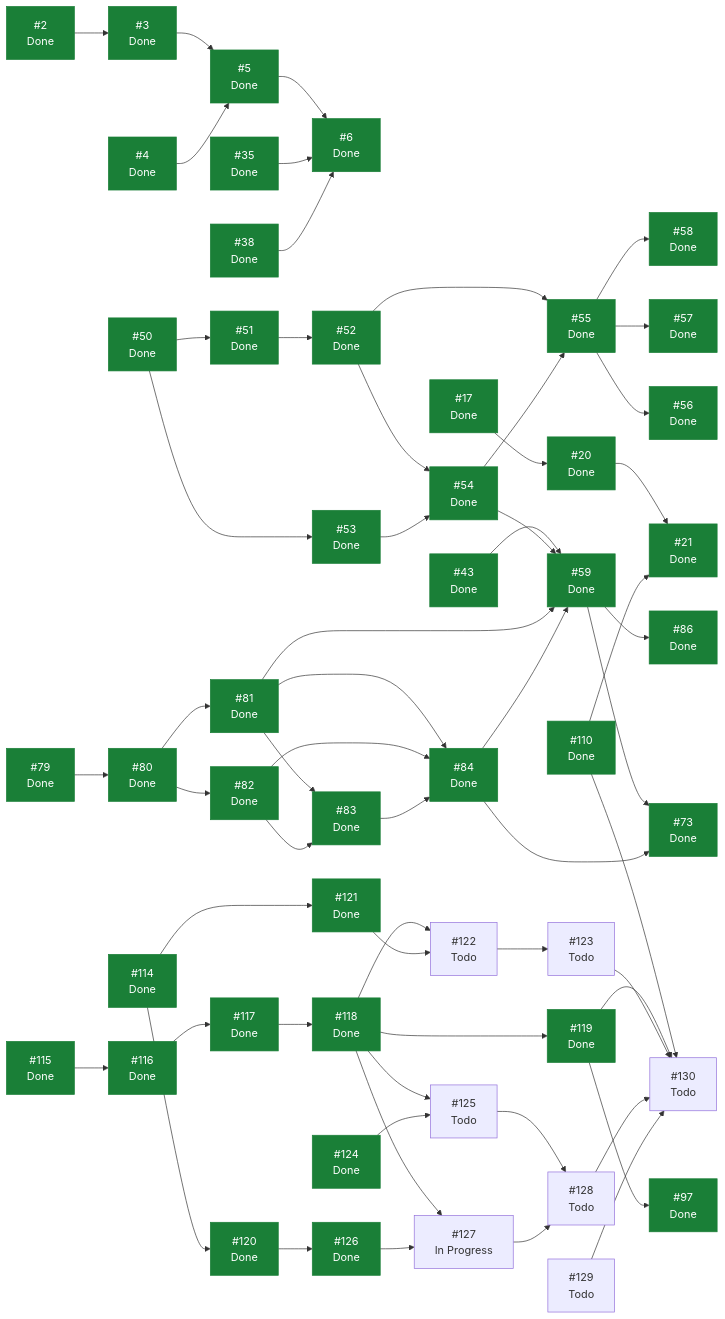
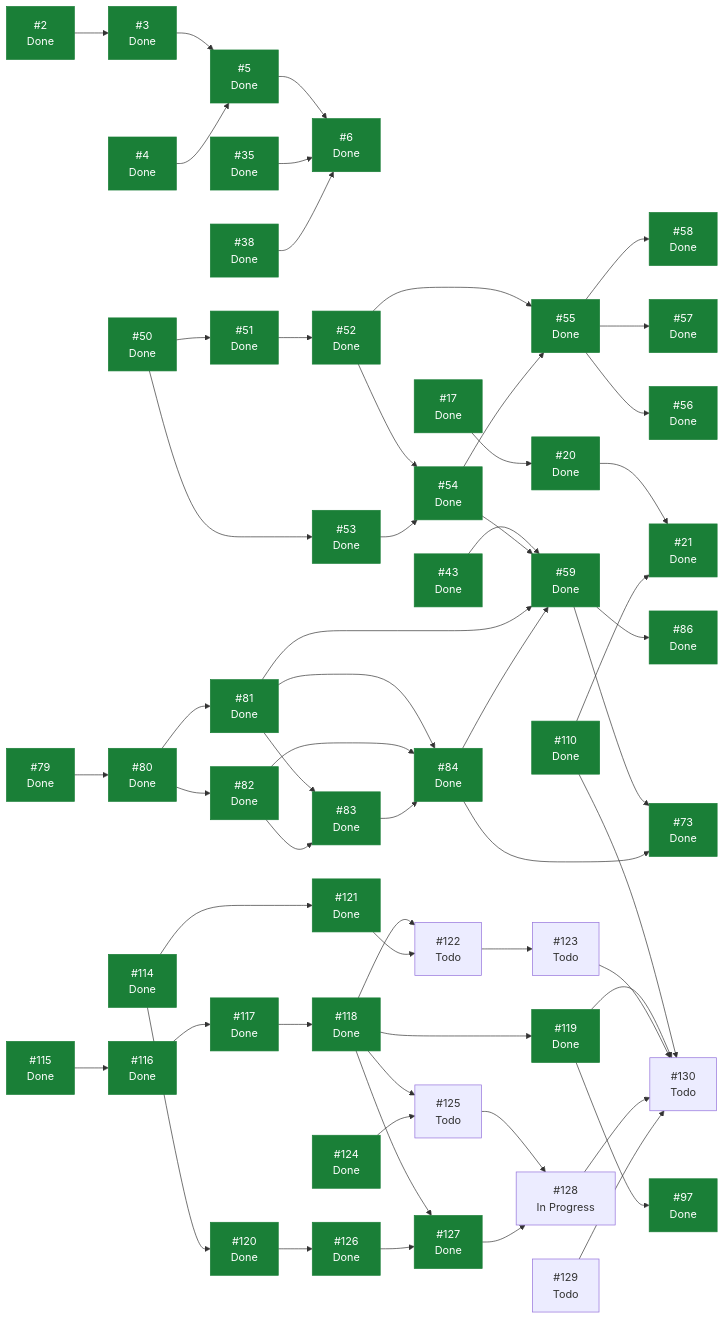
The diagram in docs/planning/STATUS.md (ecamp0s/evault), drawn with Mermaid before and after one commit. The commit also changed other lines of this file, not shown here.

````diff
--- a/docs/planning/STATUS.md
+++ b/docs/planning/STATUS.md
@@ -179,8 +178,8 @@
   I124["#124<br/>Done"]
   I125["#125<br/>Todo"]
   I126["#126<br/>Done"]
-  I127["#127<br/>In Progress"]
-  I128["#128<br/>Todo"]
+  I127["#127<br/>Done"]
+  I128["#128<br/>In Progress"]
   I129["#129<br/>Todo"]
   I130["#130<br/>Todo"]
   I2 --> I3
@@ -240,5 +239,5 @@
   I128 --> I130
   I129 --> I130
   classDef hecho fill:#1a7f37,stroke:#1a7f37,color:#fff;
-  class I2,I3,I4,I5,I6,I17,I20,I21,I35,I38,I43,I50,I51,I52,I53,I54,I55,I56,I57,I58,I59,I73,I79,I80,I81,I82,I83,I84,I86,I97,I110,I114,I115,I116,I117,I118,I119,I120,I121,I124,I126 hecho;
+  class I2,I3,I4,I5,I6,I17,I20,I21,I35,I38,I43,I50,I51,I52,I53,I54,I55,I56,I57,I58,I59,I73,I79,I80,I81,I82,I83,I84,I86,I97,I110,I114,I115,I116,I117,I118,I119,I120,I121,I124,I126,I127 hecho;
 ```
````
